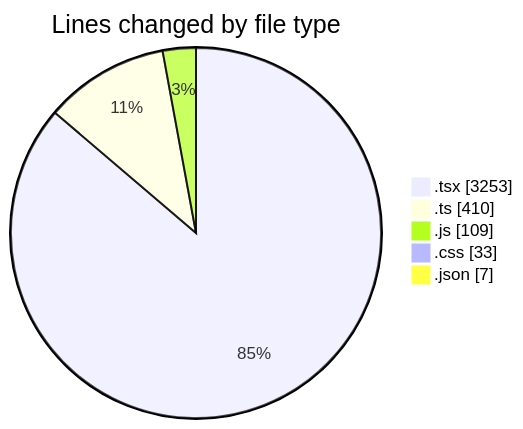
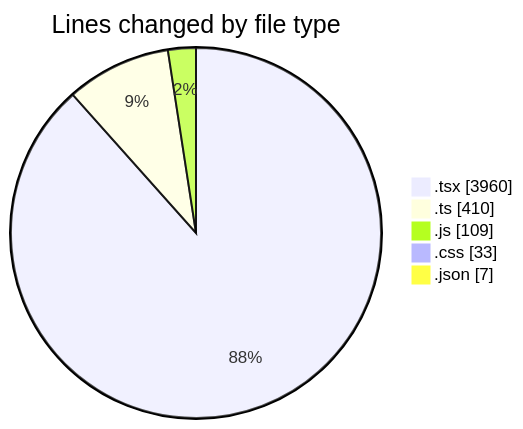
The first of 2 diagrams in 2025-01-17/mbc-web/README.md (robertbonfada/code-tracking), drawn with Mermaid before and after one commit. The commit also changed other lines of this file and 1 other file, not shown here.

````diff
--- a/2025-01-17/mbc-web/README.md
+++ b/2025-01-17/mbc-web/README.md
@@ -39,9 +40,9 @@
 ```mermaid
 pie showData
 title Lines changed by file type
-".tsx" : 3253
+".tsx" : 3960
 ".ts" : 410
 ".js" : 109
 ".css" : 33
 ".json" : 7
 ```
````
